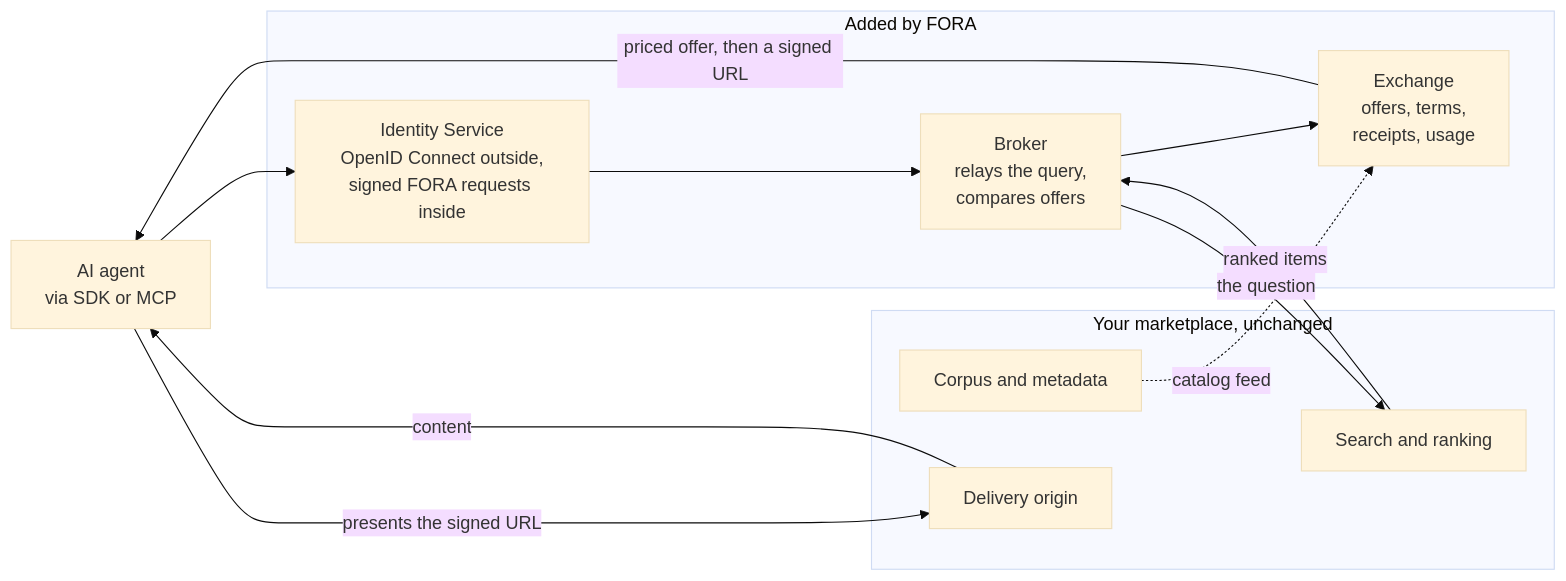
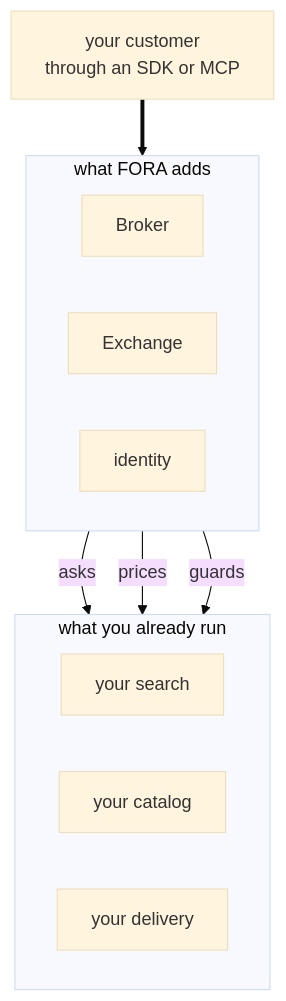
One commit to FORA-Protocol/protocol changed the first of 2 diagrams in website/src/content/docs/getting-started/existing-marketplace.mdx. Above: the diagram before and after it, drawn with Mermaid (base theme). The commit also changed other lines of this file and 1 other file, not shown here.

First line of the commit message:
Replace the marketplace page with a mapping of marketplace concepts onto FORA

````diff
--- a/website/src/content/docs/getting-started/existing-marketplace.mdx
+++ b/website/src/content/docs/getting-started/existing-marketplace.mdx
@@ -40,26 +15,23 @@
 ```mermaid
-flowchart LR
-    AGENT["AI agent<br/>via SDK or MCP"]
+flowchart TB
+    C["your customer<br/>through an SDK or MCP"]
 
-    subgraph ADDED["Added by FORA"]
-        IDENT["Identity Service<br/>OpenID Connect outside,<br/>signed FORA requests inside"]
-        BROKER["Broker<br/>relays the query,<br/>compares offers"]
-        EXCH["Exchange<br/>offers, terms,<br/>receipts, usage"]
+    subgraph FORA["what FORA adds"]
+        direction LR
+        BR["Broker"]
+        EX["Exchange"]
+        ID["identity"]
     end
 
-    subgraph EXISTING["Your marketplace, unchanged"]
-        CORPUS["Corpus and metadata"]
-        SEARCH["Search and ranking"]
-        ORIGIN["Delivery origin"]
+    subgraph YOURS["what you already run"]
+        direction LR
+        S["your search"]
+        CAT["your catalog"]
+        D["your delivery"]
     end
 
-    AGENT --> IDENT
-    IDENT --> BROKER
-    BROKER -- "the question" --> SEARCH
-    SEARCH -- "ranked items" --> BROKER
-    CORPUS -. "catalog feed" .-> EXCH
-    BROKER --> EXCH
-    EXCH -- "priced offer, then a signed URL" --> AGENT
-    AGENT -- "presents the signed URL" --> ORIGIN
-    ORIGIN -- "content" --> AGENT
+    C ==> FORA
+    BR -- asks --> S
+    EX -- prices --> CAT
+    ID -- guards --> D
 ```
````
